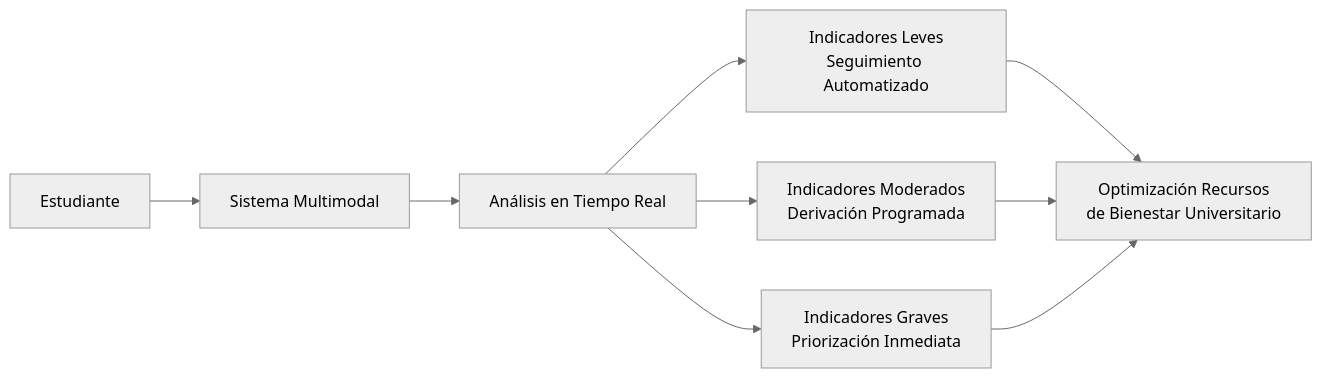
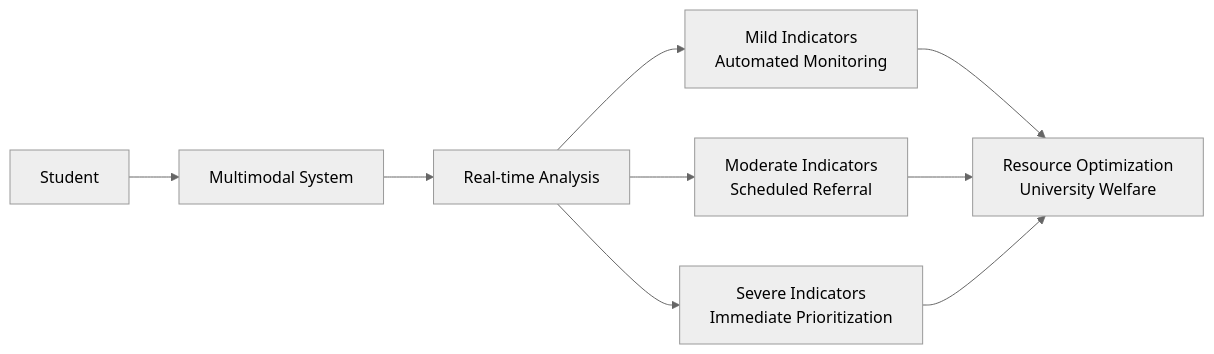
The fifth of 7 diagrams in _projects/2_project.md (VerbaNexAI/verbanexai.github.io), drawn with Mermaid (neutral theme) before and after one commit. The commit also changed other lines of this file, not shown here.

````diff
--- a/_projects/2_project.md
+++ b/_projects/2_project.md
@@ -128,14 +128,14 @@
 ```mermaid
 graph LR
-    E[Estudiante] --> S[Sistema Multimodal]
+    E[Student] --> S[Multimodal System]
     
-    S --> A[Análisis en Tiempo Real]
+    S --> A[Real-time Analysis]
     
-    A --> D1[Indicadores Leves<br>Seguimiento Automatizado]
-    A --> D2[Indicadores Moderados<br>Derivación Programada]
-    A --> D3[Indicadores Graves<br>Priorización Inmediata]
+    A --> D1[Mild Indicators<br>Automated Monitoring]
+    A --> D2[Moderate Indicators<br>Scheduled Referral]
+    A --> D3[Severe Indicators<br>Immediate Prioritization]
     
-    D1 --> R[Optimización Recursos<br>de Bienestar Universitario]
+    D1 --> R[Resource Optimization<br>University Welfare]
     D2 --> R
     D3 --> R
 ```
````
